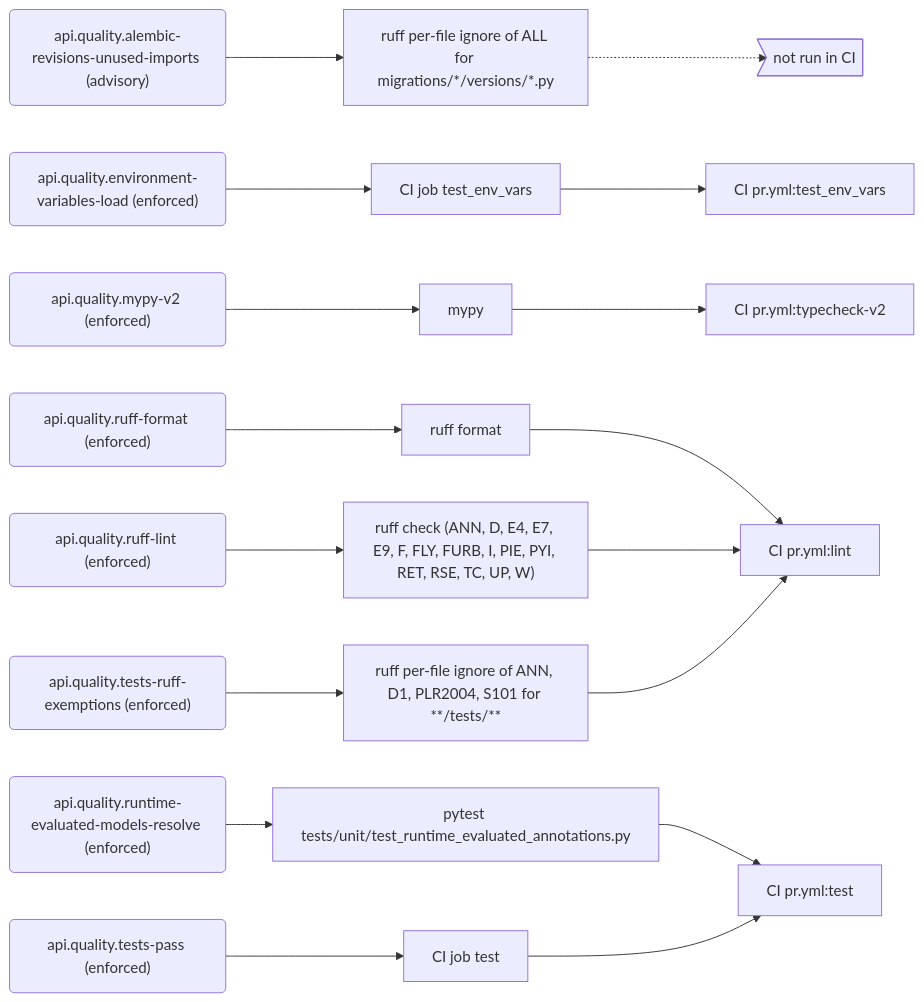
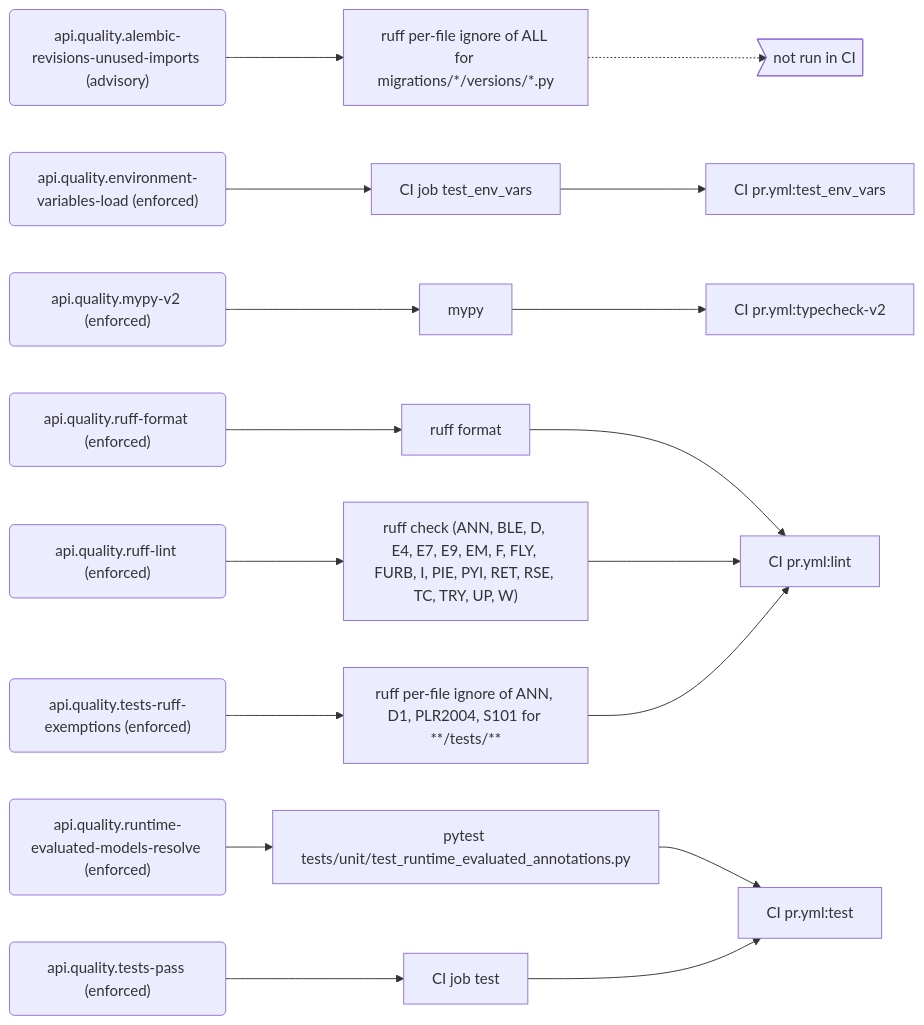
One commit to PolicyEngine/policyengine-api changed the sixth of 9 diagrams in docs/generated/rules.md. Above: the diagram before and after it, drawn with Mermaid. The commit also changed other lines of this file and 3 other files, not shown here.

First line of the commit message:
Register TRY, EM and BLE in the ruff-lint rule

````diff
--- a/docs/generated/rules.md
+++ b/docs/generated/rules.md
@@ -280,40 +280,40 @@
 ```mermaid
 flowchart LR
   r_api_quality_alembic_revisions_unused_imports("api.quality.alembic-revisions-unused-imports (advisory)")
   e_ruff_per_file_ignore_of_ALL_for_migrations___versions___py["ruff per-file ignore of ALL for migrations/*/versions/*.py"]
   local_only>"not run in CI"]
   r_api_quality_environment_variables_load("api.quality.environment-variables-load (enforced)")
   e_CI_job_test_env_vars["CI job test_env_vars"]
   j_CI_pr_yml_test_env_vars["CI pr.yml:test_env_vars"]
   r_api_quality_mypy_v2("api.quality.mypy-v2 (enforced)")
   e_mypy["mypy"]
   j_CI_pr_yml_typecheck_v2["CI pr.yml:typecheck-v2"]
   r_api_quality_ruff_format("api.quality.ruff-format (enforced)")
   e_ruff_format["ruff format"]
   j_CI_pr_yml_lint["CI pr.yml:lint"]
   r_api_quality_ruff_lint("api.quality.ruff-lint (enforced)")
-  e_ruff_check__ANN__D__E4__E7__E9__F__FLY__FURB__I__PIE__PYI__RET__RSE__TC__UP__W_["ruff check (ANN, D, E4, E7, E9, F, FLY, FURB, I, PIE, PYI, RET, RSE, TC, UP, W)"]
+  e_ruff_check__ANN__BLE__D__E4__E7__E9__EM__F__FLY__FURB__I__PIE__PYI__RET__RSE__TC__TRY__UP__W_["ruff check (ANN, BLE, D, E4, E7, E9, EM, F, FLY, FURB, I, PIE, PYI, RET, RSE, TC, TRY, UP, W)"]
   r_api_quality_runtime_evaluated_models_resolve("api.quality.runtime-evaluated-models-resolve (enforced)")
   e_pytest_tests_unit_test_runtime_evaluated_annotations_py["pytest tests/unit/test_runtime_evaluated_annotations.py"]
   j_CI_pr_yml_test["CI pr.yml:test"]
   r_api_quality_tests_pass("api.quality.tests-pass (enforced)")
   e_CI_job_test["CI job test"]
   r_api_quality_tests_ruff_exemptions("api.quality.tests-ruff-exemptions (enforced)")
   e_ruff_per_file_ignore_of_ANN__D1__PLR2004__S101_for____tests___["ruff per-file ignore of ANN, D1, PLR2004, S101 for **/tests/**"]
   r_api_quality_alembic_revisions_unused_imports --> e_ruff_per_file_ignore_of_ALL_for_migrations___versions___py
   e_ruff_per_file_ignore_of_ALL_for_migrations___versions___py -.-> local_only
   r_api_quality_environment_variables_load --> e_CI_job_test_env_vars
   e_CI_job_test_env_vars --> j_CI_pr_yml_test_env_vars
   r_api_quality_mypy_v2 --> e_mypy
   e_mypy --> j_CI_pr_yml_typecheck_v2
   r_api_quality_ruff_format --> e_ruff_format
   e_ruff_format --> j_CI_pr_yml_lint
-  r_api_quality_ruff_lint --> e_ruff_check__ANN__D__E4__E7__E9__F__FLY__FURB__I__PIE__PYI__RET__RSE__TC__UP__W_
-  e_ruff_check__ANN__D__E4__E7__E9__F__FLY__FURB__I__PIE__PYI__RET__RSE__TC__UP__W_ --> j_CI_pr_yml_lint
+  r_api_quality_ruff_lint --> e_ruff_check__ANN__BLE__D__E4__E7__E9__EM__F__FLY__FURB__I__PIE__PYI__RET__RSE__TC__TRY__UP__W_
+  e_ruff_check__ANN__BLE__D__E4__E7__E9__EM__F__FLY__FURB__I__PIE__PYI__RET__RSE__TC__TRY__UP__W_ --> j_CI_pr_yml_lint
   r_api_quality_runtime_evaluated_models_resolve --> e_pytest_tests_unit_test_runtime_evaluated_annotations_py
   e_pytest_tests_unit_test_runtime_evaluated_annotations_py --> j_CI_pr_yml_test
   r_api_quality_tests_pass --> e_CI_job_test
   e_CI_job_test --> j_CI_pr_yml_test
   r_api_quality_tests_ruff_exemptions --> e_ruff_per_file_ignore_of_ANN__D1__PLR2004__S101_for____tests___
   e_ruff_per_file_ignore_of_ANN__D1__PLR2004__S101_for____tests___ --> j_CI_pr_yml_lint
 ```
````
